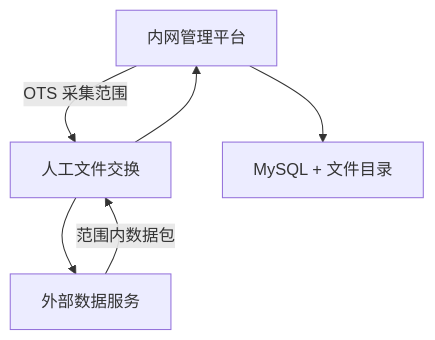
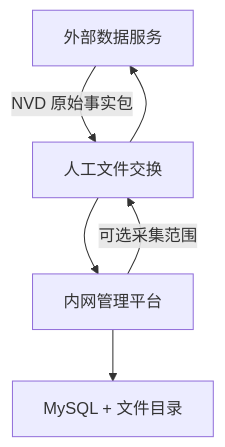
One commit to yileMan/1024Fxxk_Ots changed the first of 3 diagrams in doc/OTS-系统方案-V1.6.md. Above: the diagram before and after it, drawn with Mermaid. The commit also changed other lines of this file and 9 other files, not shown here.

````diff
--- a/doc/OTS-系统方案-V1.6.md
+++ b/doc/OTS-系统方案-V1.6.md
@@ -26,8 +27,8 @@
 ```mermaid
 flowchart TD
-    C["内网管理平台"] -->|"OTS 采集范围"| B["人工文件交换"]
-    B --> A["外部数据服务"]
-    A -->|"范围内数据包"| B
-    B --> C
+    A["外部数据服务"] -->|"NVD 原始事实包"| B["人工文件交换"]
+    B --> C["内网管理平台"]
+    C -->|"可选采集范围"| B
+    B --> A
     C --> D["MySQL + 文件目录"]
 ```
````
